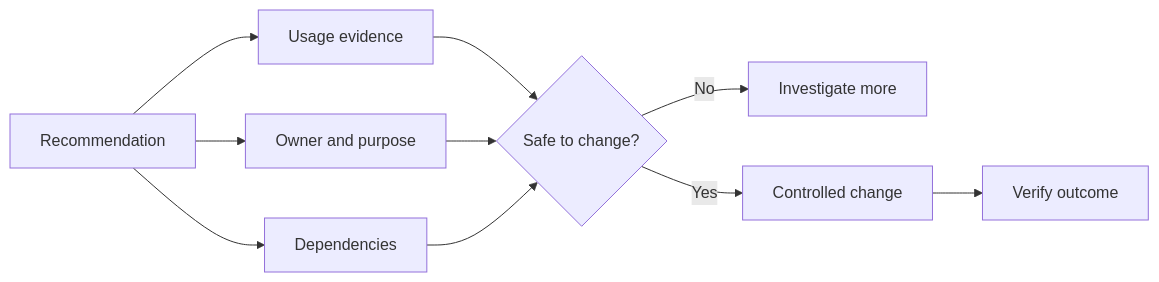
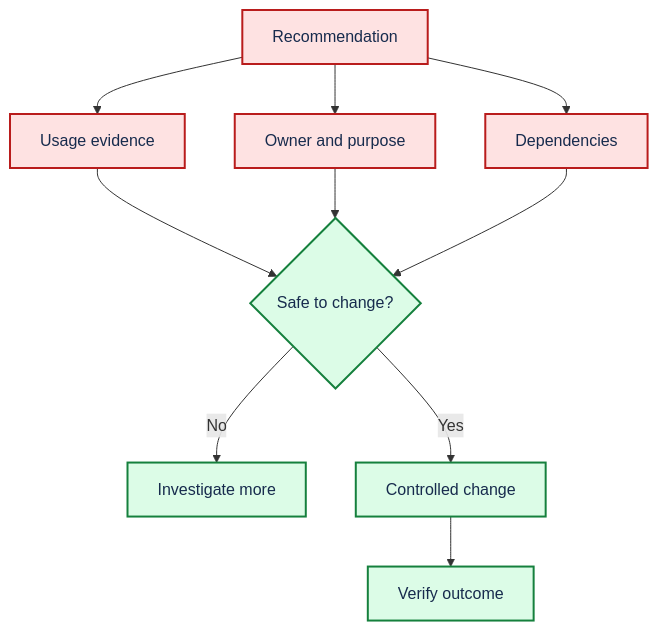
The diagram in site/content/docs/video-azure-cost-recommendations-investigate.md (Acestus/portfolio), drawn with Mermaid before and after one commit. The commit also changed 20 other files, not shown here.

Commit message:
Apply Mermaid and Pele style to video guides (#58)

````diff
--- a/site/content/docs/video-azure-cost-recommendations-investigate.md
+++ b/site/content/docs/video-azure-cost-recommendations-investigate.md
@@ -27,12 +27,18 @@
 ```mermaid
-flowchart LR
+flowchart TD
+  accTitle: Azure cost recommendations: investigate before deleting
   R[Recommendation] --> U[Usage evidence]
   R --> O[Owner and purpose]
   R --> D[Dependencies]
   U --> X{Safe to change?}
   O --> X
   D --> X
   X -->|No| I[Investigate more]
   X -->|Yes| C[Controlled change]
   C --> V[Verify outcome]
+
+  classDef primary fill:#FEE2E2,stroke:#B91C1C,color:#172B4D,stroke-width:2px
+  classDef secondary fill:#DCFCE7,stroke:#15803D,color:#172B4D,stroke-width:2px
+  class R,U,O,D primary
+  class X,I,C,V secondary
 ```
````
